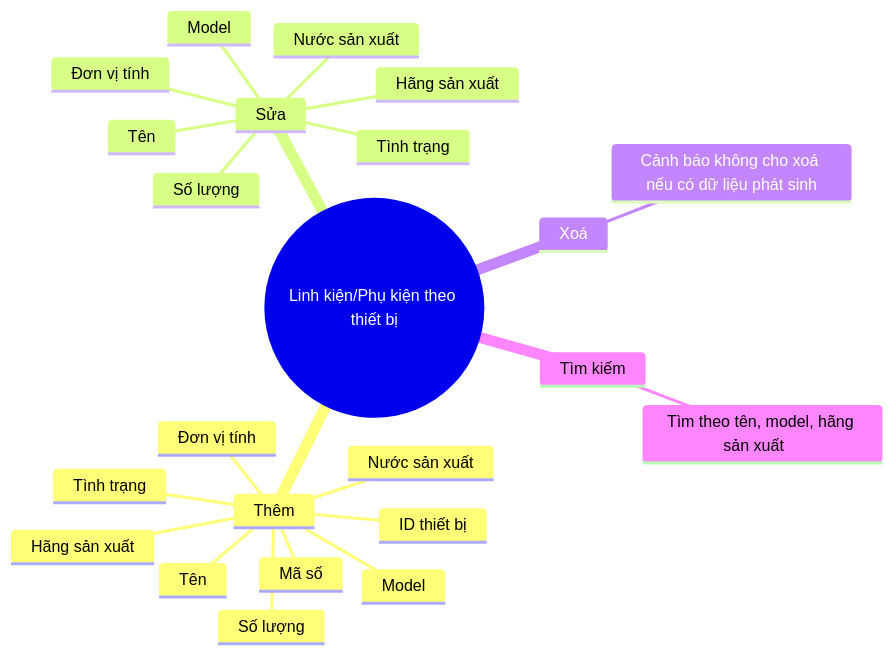
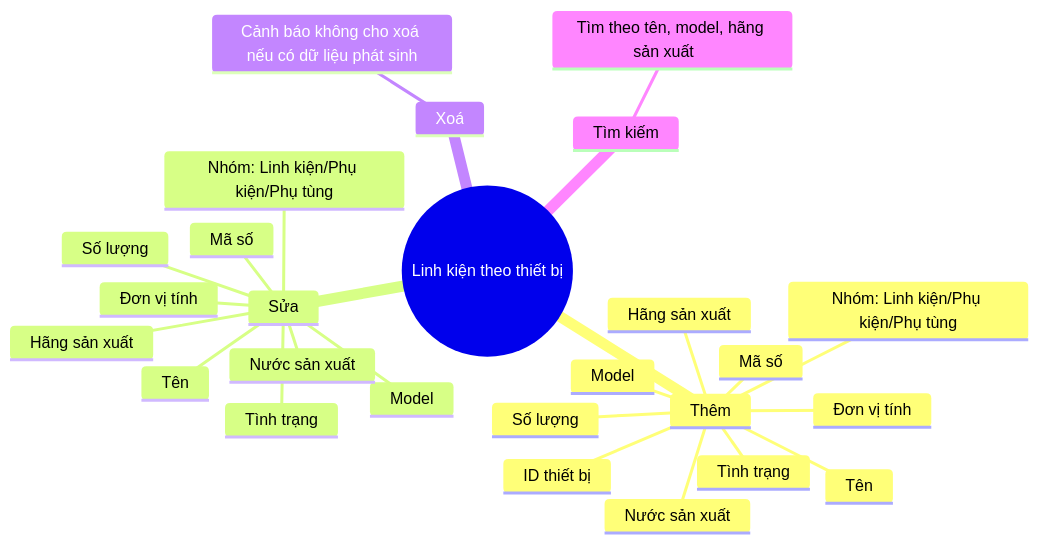
One commit to nthanhdo/mems-brainstorm changed the diagram in mindmap-EquipmentParts.md. Above: the diagram before and after it, drawn with Mermaid.

````diff
--- a/mindmap-EquipmentParts.md
+++ b/mindmap-EquipmentParts.md
@@ -1,26 +1,29 @@
 ```mermaid
 mindmap
-  root((Linh kiện/Phụ kiện theo thiết bị))
+  root((Linh kiện theo thiết bị))
       Thêm
         ID thiết bị
         Mã số
         Tên 
         Đơn vị tính
+        Nhóm: Linh kiện/Phụ kiện/Phụ tùng
         Model
         Hãng sản xuất
         Nước sản xuất
         Số lượng
         Tình trạng
       Sửa
+        Mã số
         Tên 
         Đơn vị tính
+        Nhóm: Linh kiện/Phụ kiện/Phụ tùng
         Model
         Hãng sản xuất
         Nước sản xuất
         Số lượng
         Tình trạng
       Xoá
         Cảnh báo không cho xoá nếu có dữ liệu phát sinh
       Tìm kiếm
         Tìm theo tên, model, hãng sản xuất    
 ```
````
